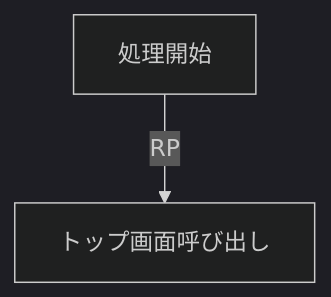
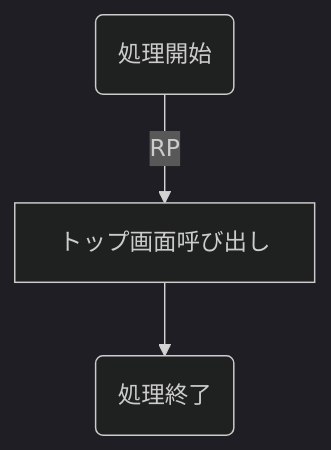
One commit to nob-islan/nob-openid-connect changed the diagram in docs/business-flow/design/rp/Top-screen-redirect.md. Above: the diagram before and after it, drawn with Mermaid. The commit also changed 10 other files, not shown here.

Commit message:
フロー図雛形完成

````diff
--- a/docs/business-flow/design/rp/Top-screen-redirect.md
+++ b/docs/business-flow/design/rp/Top-screen-redirect.md
@@ -3,5 +3,6 @@
 ```mermaid
 %%{init:{'theme':'dark'}}%%
 graph TD;
-    処理開始 --> |RP| トップ画面呼び出し
+    A(処理開始) --> |RP| B[トップ画面呼び出し]
+    B --> C(処理終了)
 ```
````
